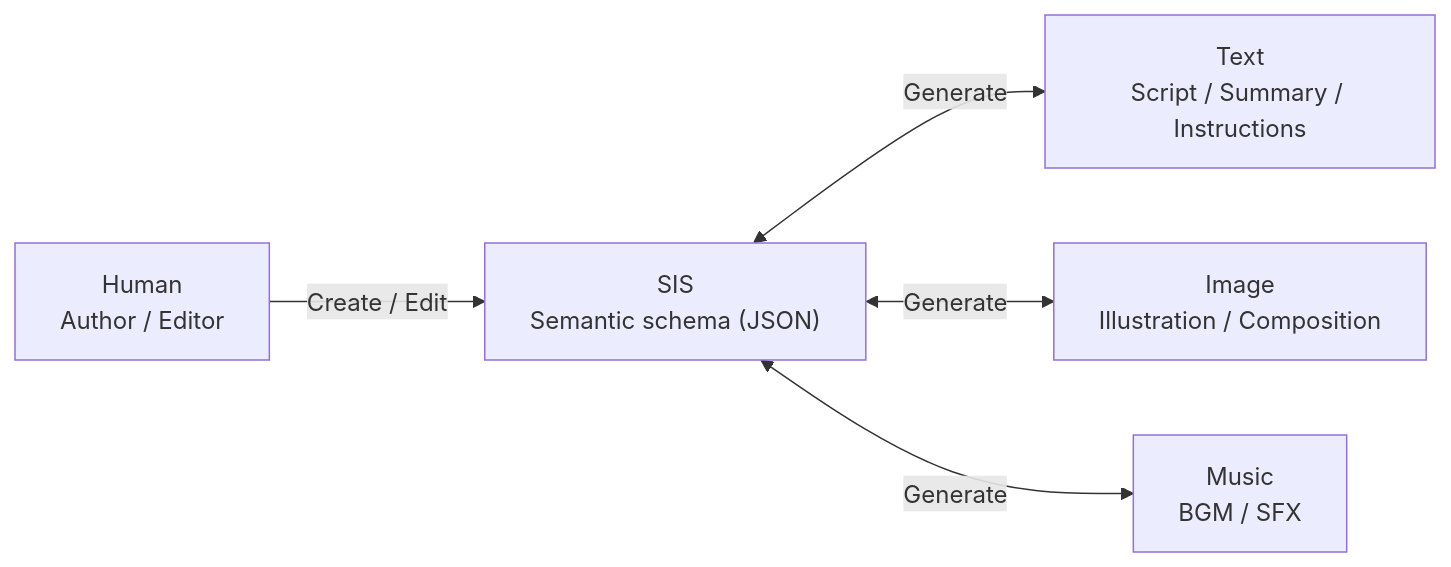
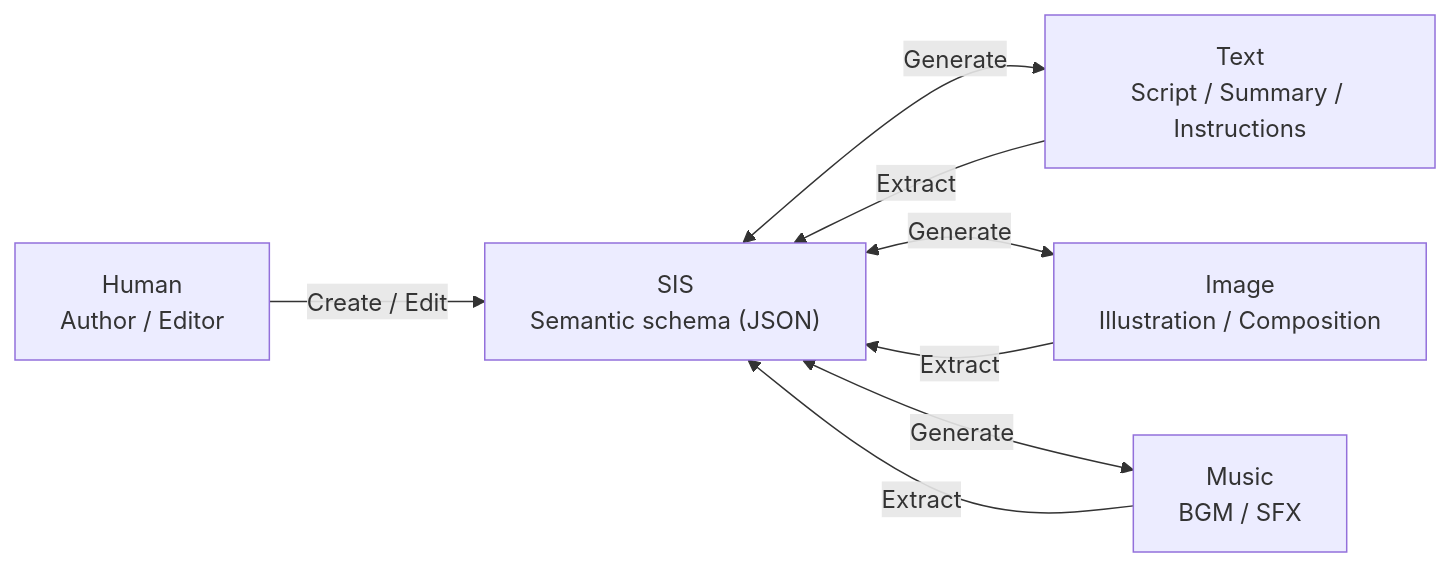
The diagram in docs/SIS.md (joyk0117/GeNarrative), drawn with Mermaid before and after one commit. The commit also changed 1 other file, not shown here.

Commit message:
Feature: Update SIS documentation to clarify extraction relationships in flowchart

````diff
--- a/docs/SIS.md
+++ b/docs/SIS.md
@@ -25,14 +25,17 @@
 ```mermaid
 flowchart LR
   H["Human<br/>Author / Editor"]
   SIS["SIS<br/>Semantic schema (JSON)"]
 
   T["Text<br/>Script / Summary / Instructions"]
   I["Image<br/>Illustration / Composition"]
   M["Music<br/>BGM / SFX"]
 
   H -->|"Create / Edit"| SIS
   SIS <-->|"Generate"| T
   SIS <-->|"Generate"| I
   SIS <-->|"Generate"| M
+  T -->|"Extract"| SIS
+  I -->|"Extract"| SIS
+  M -->|"Extract"| SIS  
 ```
````
